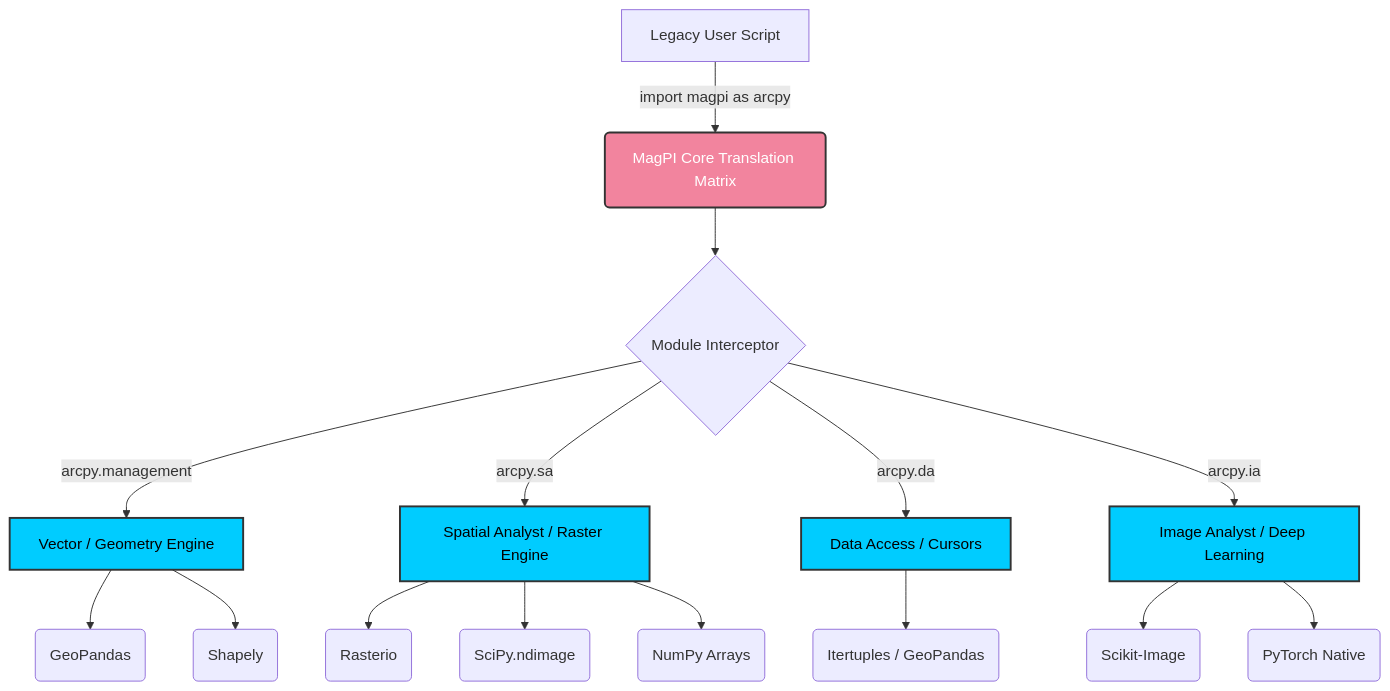
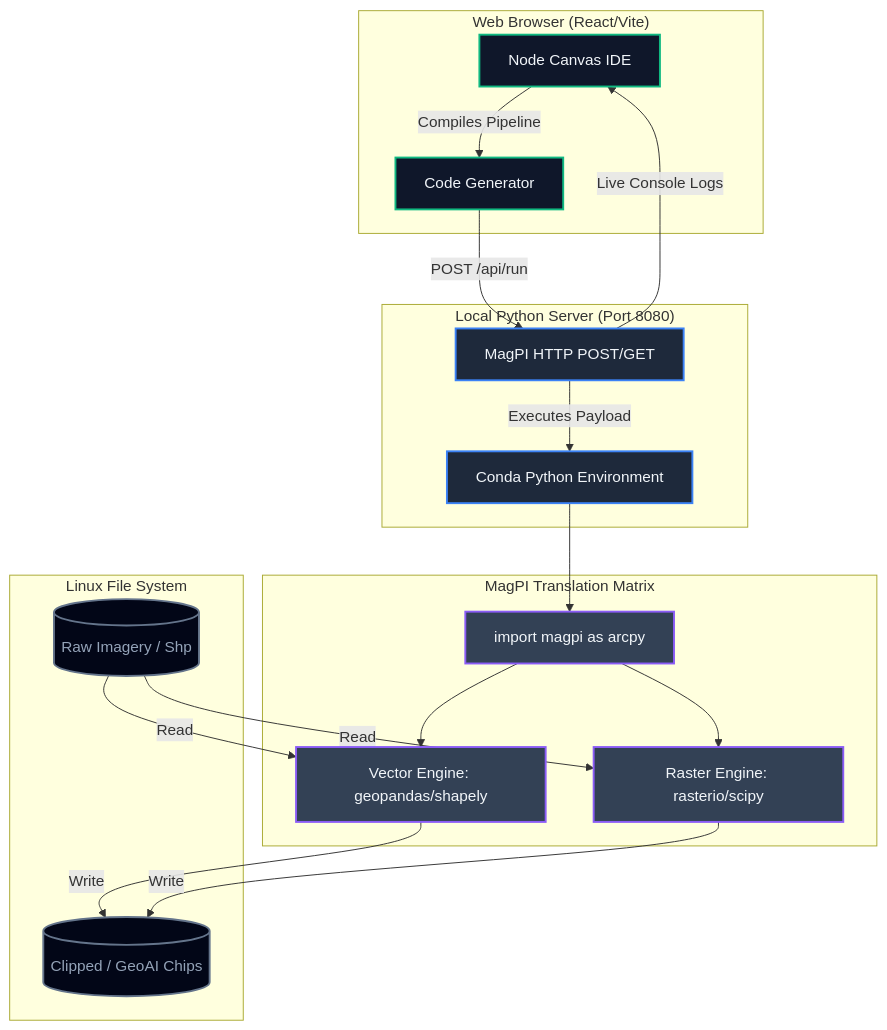
The diagram in README.md (nexavision-tech/MagPI), drawn with Mermaid before and after one commit. The commit also changed other lines of this file, not shown here.

Commit message:
house keeping after coding , update staus

````diff
--- a/README.md
+++ b/README.md
@@ -11,28 +54,46 @@
 ``` mermaid
-graph TD;
-    A[Legacy User Script] -->|import magpi as arcpy| B(MagPI Core Translation Matrix);
+graph TD
+    %% Styling
+    classDef ui fill:#0f172a,stroke:#10b981,stroke-width:2px,color:#f1f5f9
+    classDef daemon fill:#1e293b,stroke:#3b82f6,stroke-width:2px,color:#f1f5f9
+    classDef engine fill:#334155,stroke:#8b5cf6,stroke-width:2px,color:#f1f5f9
+    classDef disk fill:#020617,stroke:#64748b,stroke-width:2px,color:#94a3b8
+
+    %% Nodes
+    subgraph UI["Web Browser (React/Vite)"]
+        Canvas[Node Canvas IDE]:::ui
+        Script[Code Generator]:::ui
+    end
+
+    subgraph DAEMON["Local Python Server (Port 8080)"]
+        API[MagPI HTTP POST/GET]:::daemon
+        Interpreter[Conda Python Environment]:::daemon
+    end
+
+    subgraph ENGINE["MagPI Translation Matrix"]
+        ArcpyBridge[import magpi as arcpy]:::engine
+        GeoPandas[Vector Engine: geopandas/shapely]:::engine
+        Rasterio[Raster Engine: rasterio/scipy]:::engine
+    end
+
+    subgraph OS["Linux File System"]
+        Inputs[(Raw Imagery / Shp)]:::disk
+        Outputs[(Clipped / GeoAI Chips)]:::disk
+    end
+
+    %% Connections
+    Canvas -->|Compiles Pipeline| Script
+    Script -->|POST /api/run| API
     
-    B --> C{Module Interceptor};
+    API -->|Executes Payload| Interpreter
+    Interpreter --> ArcpyBridge
+    ArcpyBridge --> GeoPandas
+    ArcpyBridge --> Rasterio
     
-    C -->|arcpy.management| D[Vector / Geometry Engine];
-    D --> D1(GeoPandas);
-    D --> D2(Shapely);
+    Inputs -->|Read| Rasterio
+    Inputs -->|Read| GeoPandas
+    GeoPandas -->|Write| Outputs
+    Rasterio -->|Write| Outputs
     
-    C -->|arcpy.sa| E[Spatial Analyst / Raster Engine];
-    E --> E1(Rasterio);
-    E --> E2(SciPy.ndimage);
-    E --> E3(NumPy Arrays);
-    
-    C -->|arcpy.da| F[Data Access / Cursors];
-    F --> F1(Itertuples / GeoPandas);
-    
-    C -->|arcpy.ia| G[Image Analyst / Deep Learning];
-    G --> G1(Scikit-Image);
-    G --> G2(PyTorch Native);
-
-    style B fill:#f2849e,stroke:#333,stroke-width:2px,color:#fff;
-    style D fill:#00ccff,stroke:#333,stroke-width:2px,color:#000;
-    style E fill:#00ccff,stroke:#333,stroke-width:2px,color:#000;
-    style F fill:#00ccff,stroke:#333,stroke-width:2px,color:#000;
-    style G fill:#00ccff,stroke:#333,stroke-width:2px,color:#000;
+    API -->|Live Console Logs| Canvas
 ```
````
